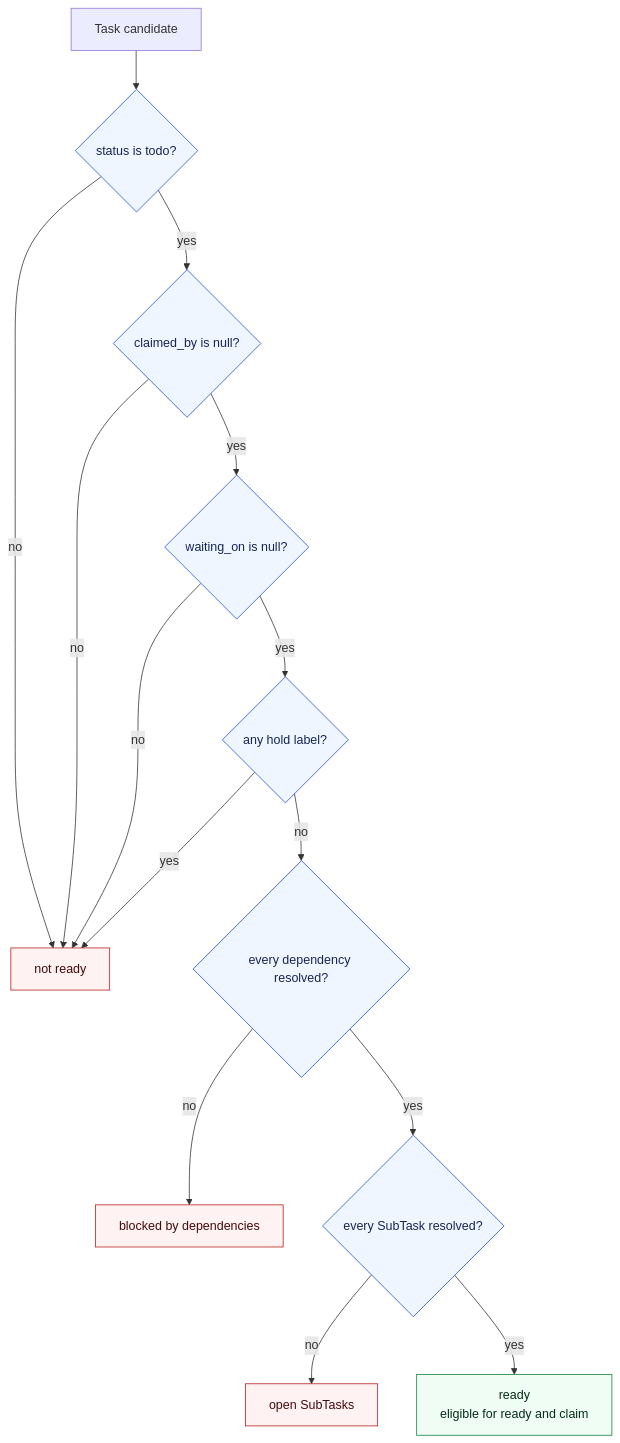
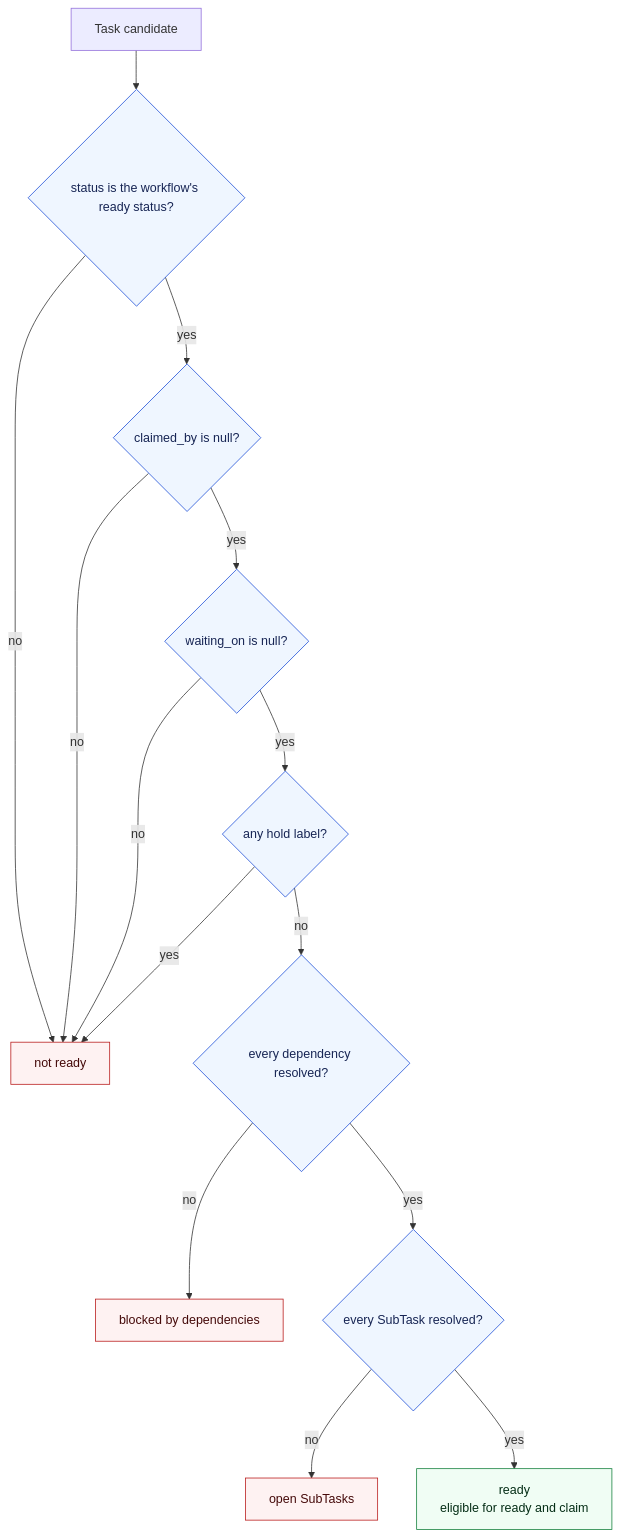
The third of 6 diagrams in README.md (rcmendes/orbit), drawn with Mermaid before and after one commit. The commit also changed other lines of this file and 41 other files, not shown here.

First line of the commit message:
feat(workflow): board-defined lifecycle with status categories and named transitions

````diff
--- a/README.md
+++ b/README.md
@@ -466,23 +466,23 @@
 ```mermaid
 flowchart TD
-    TASK["Task candidate"] --> STATUS{"status is todo?"}
+    TASK["Task candidate"] --> STATUS{"status is the workflow's ready status?"}
     STATUS -->|no| NOTREADY["not ready"]
     STATUS -->|yes| CLAIMED{"claimed_by is null?"}
     CLAIMED -->|no| NOTREADY
     CLAIMED -->|yes| WAITING{"waiting_on is null?"}
     WAITING -->|no| NOTREADY
     WAITING -->|yes| HELD{"any hold label?"}
     HELD -->|yes| NOTREADY
     HELD -->|no| DEPS{"every dependency resolved?"}
     DEPS -->|no| BLOCKED["blocked by dependencies"]
     DEPS -->|yes| SUBTASKS{"every SubTask resolved?"}
     SUBTASKS -->|no| SUBTASKSOPEN["open SubTasks"]
     SUBTASKS -->|yes| READY["ready<br/>eligible for ready and claim"]
 
     classDef no fill:#fef2f2,stroke:#b91c1c,color:#450a0a
     classDef yes fill:#f0fdf4,stroke:#15803d,color:#052e16
     classDef gate fill:#eff6ff,stroke:#1d4ed8,color:#172554
     class NOTREADY,BLOCKED,SUBTASKSOPEN no
     class READY yes
     class STATUS,CLAIMED,WAITING,HELD,DEPS,SUBTASKS gate
 ```
````
